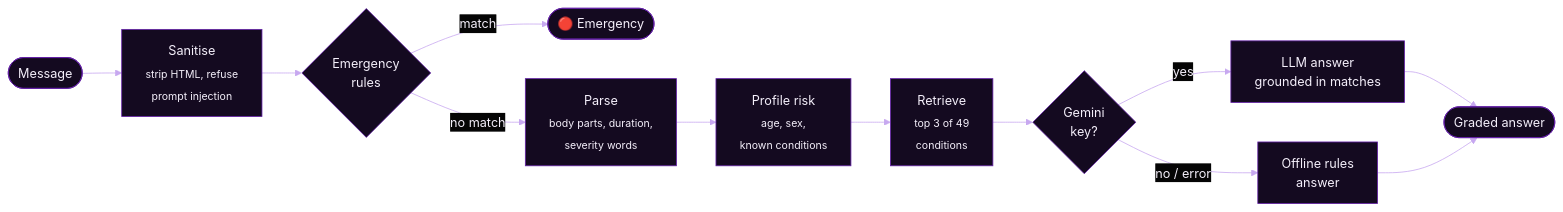
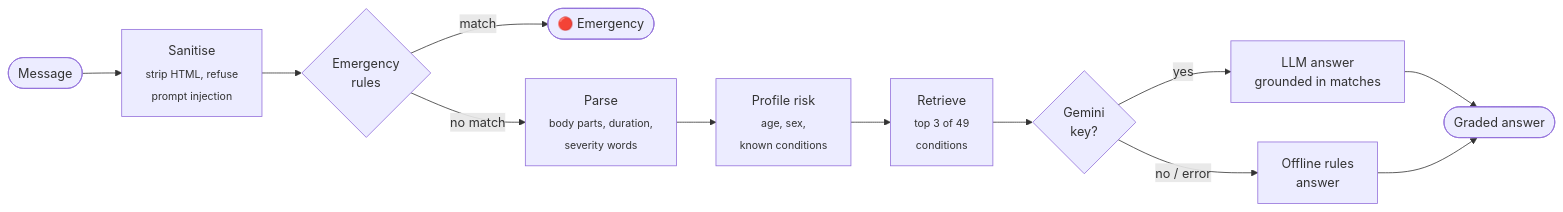
The first of 4 diagrams in README.md (sarthaksaxenaa/CareNexus), drawn with Mermaid before and after one commit. The commit also changed other lines of this file, not shown here.

````diff
--- a/README.md
+++ b/README.md
@@ -101,15 +143,14 @@
 ```mermaid
-%%{init: {'theme':'base','themeVariables':{'background':'#050505','primaryColor':'#140a20','primaryTextColor':'#f4effa','primaryBorderColor':'#6420a8','lineColor':'#c7a8f0','edgeLabelBackground':'#050505','secondaryColor':'#0a090c','tertiaryColor':'#0a090c','fontFamily':'Georgia, serif'}}}%%
 flowchart LR
     M([Message]) --> S[Sanitise<br/><sub>strip HTML, refuse<br/>prompt injection</sub>]
     S --> R{Emergency<br/>rules}
     R -- match --> RED([🔴 Emergency])
     R -- no match --> P[Parse<br/><sub>body parts, duration,<br/>severity words</sub>]
     P --> F[Profile risk<br/><sub>age, sex,<br/>known conditions</sub>]
     F --> Q[Retrieve<br/><sub>top 3 of 49<br/>conditions</sub>]
     Q --> G{Gemini<br/>key?}
     G -- yes --> L[LLM answer<br/>grounded in matches]
     G -- no / error --> O[Offline rules<br/>answer]
     L --> A([Graded answer])
     O --> A
 ```
````
